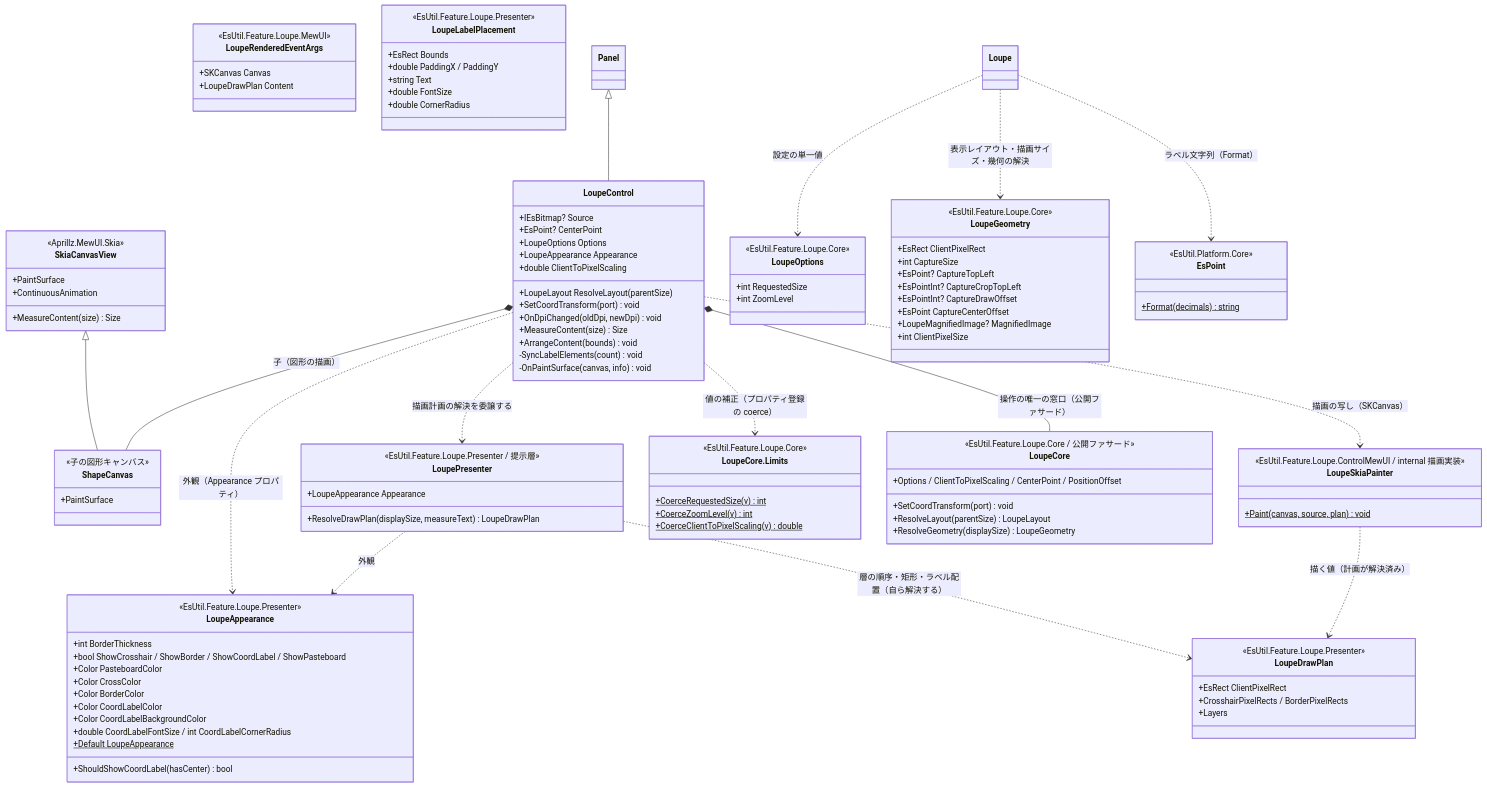
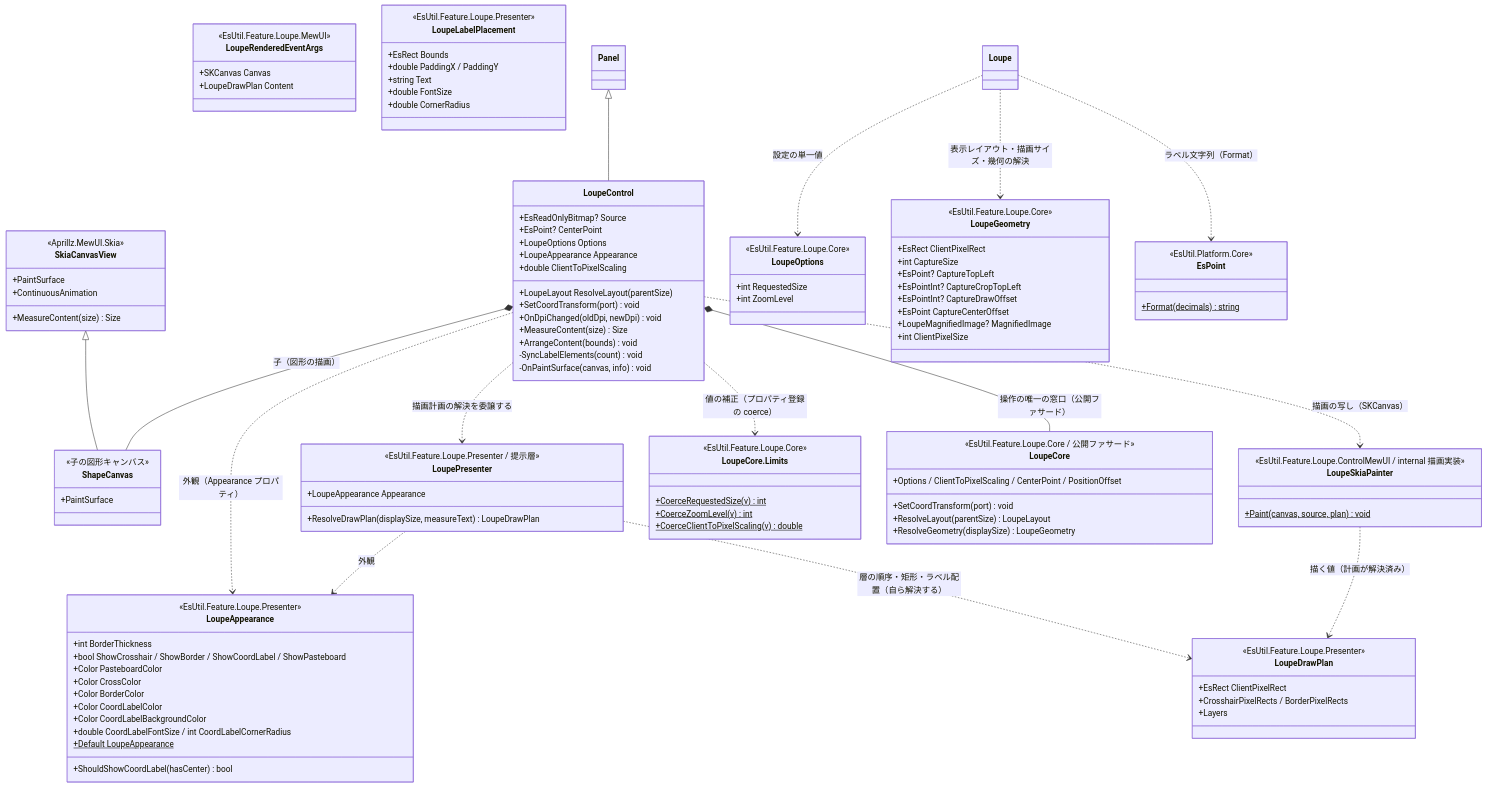
One commit to tomokuni/SaveEvidence changed the first of 2 diagrams in src/EsUtil.Feature.Loupe.ControlMewUI/docs/SPEC_System.md. Above: the diagram before and after it, drawn with Mermaid. The commit also changed other lines of this file and 41 other files, not shown here.

```diff
--- a/src/EsUtil.Feature.Loupe.ControlMewUI/docs/SPEC_System.md
+++ b/src/EsUtil.Feature.Loupe.ControlMewUI/docs/SPEC_System.md
@@ -105,7 +105,7 @@
         +MeasureContent(size) Size
     }
     class LoupeControl {
-        +IEsBitmap? Source
+        +EsReadOnlyBitmap? Source
         +EsPoint? CenterPoint
         +LoupeOptions Options
         +LoupeAppearance Appearance
```
